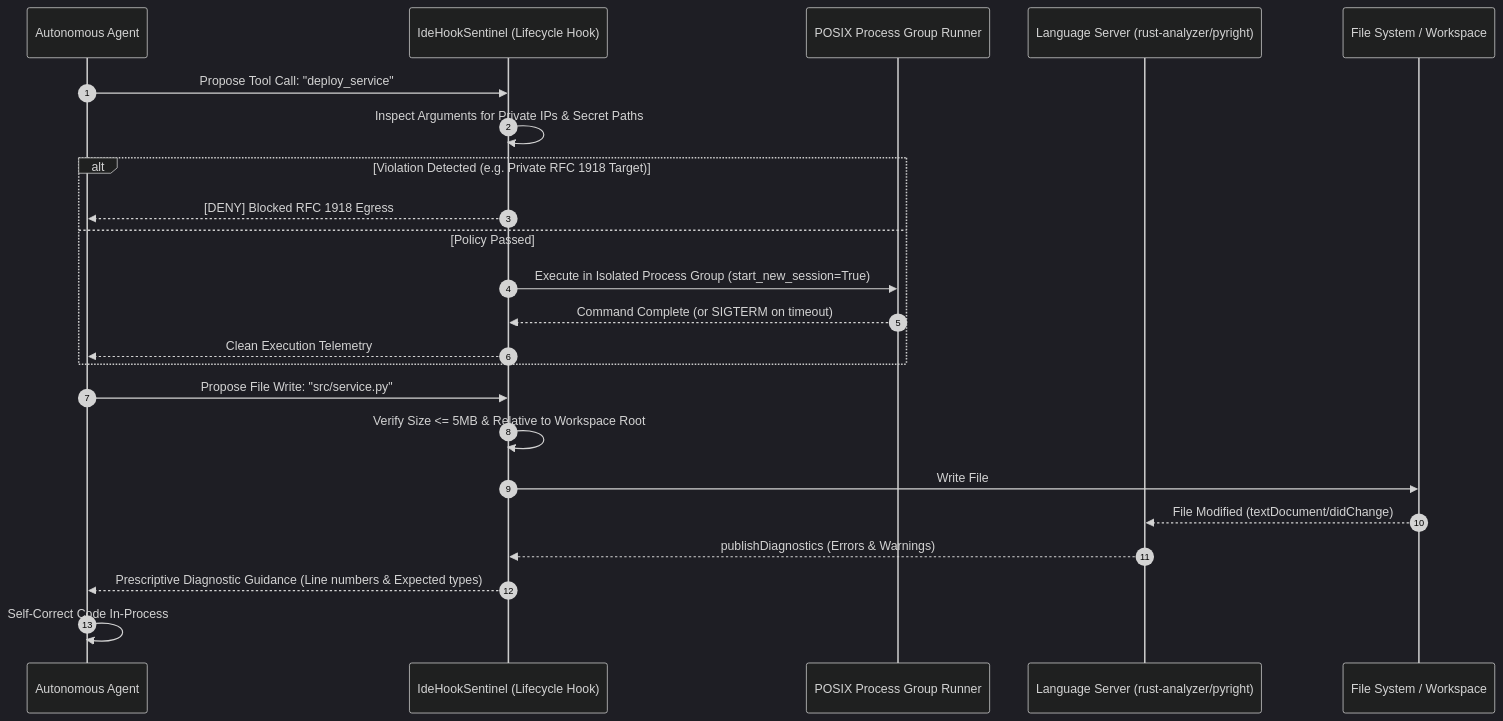
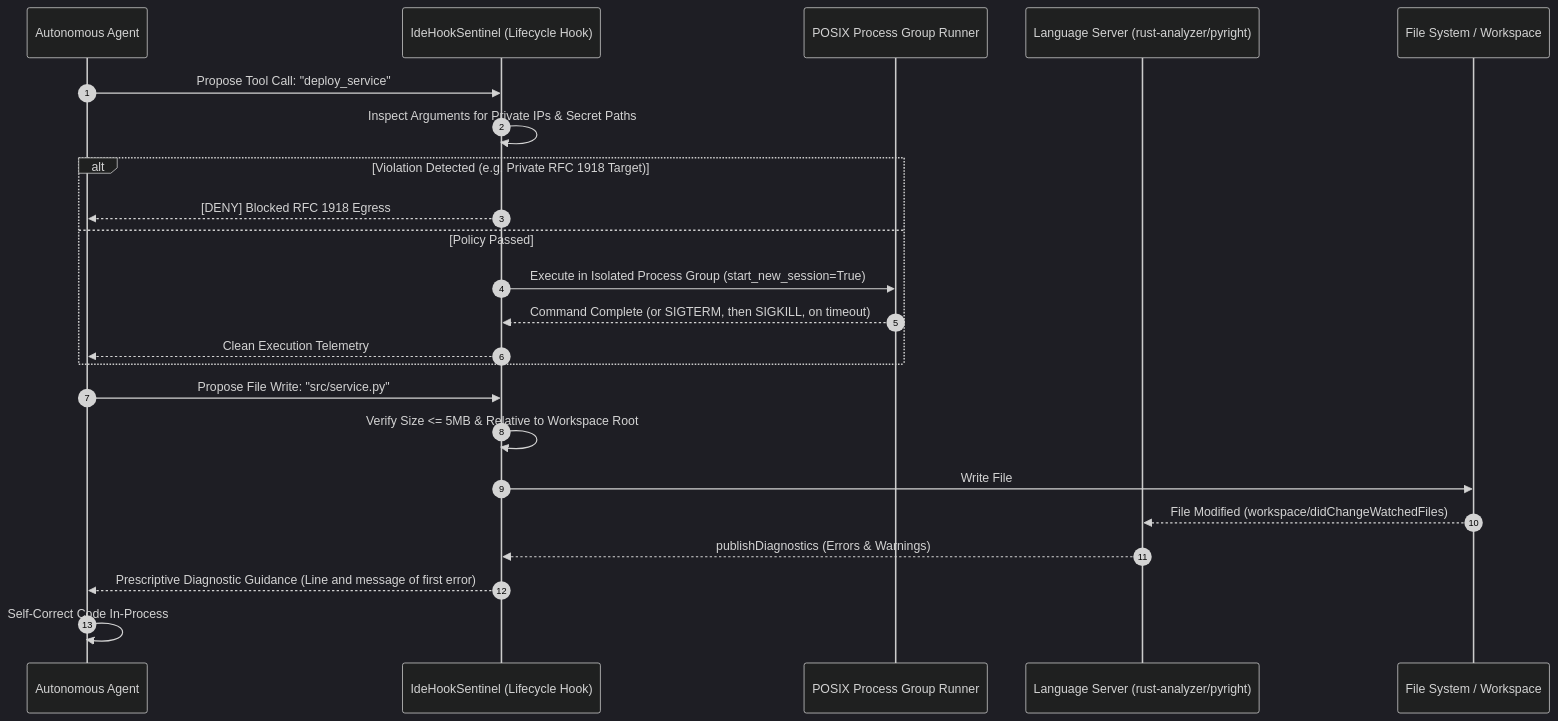
One commit to dan-petty/vibes changed the diagram in patterns/agentic-ide-lifecycle-hooks-and-lsp-oracles.md. Above: the diagram before and after it, drawn with Mermaid (dark theme). The commit also changed other lines of this file and 248 other files, not shown here.

````diff
--- a/patterns/agentic-ide-lifecycle-hooks-and-lsp-oracles.md
+++ b/patterns/agentic-ide-lifecycle-hooks-and-lsp-oracles.md
@@ -25,27 +25,27 @@
 ```mermaid
 sequenceDiagram
     autonumber
     participant Agent as Autonomous Agent
     participant Hook as IdeHookSentinel (Lifecycle Hook)
     participant Term as POSIX Process Group Runner
     participant LSP as Language Server (rust-analyzer/pyright)
     participant FS as File System / Workspace
 
     Agent->>Hook: Propose Tool Call: "deploy_service"
     Hook->>Hook: Inspect Arguments for Private IPs & Secret Paths
     alt Violation Detected (e.g. Private RFC 1918 Target)
         Hook-->>Agent: [DENY] Blocked RFC 1918 Egress
     else Policy Passed
         Hook->>Term: Execute in Isolated Process Group (start_new_session=True)
-        Term-->>Hook: Command Complete (or SIGTERM on timeout)
+        Term-->>Hook: Command Complete (or SIGTERM, then SIGKILL, on timeout)
         Hook-->>Agent: Clean Execution Telemetry
     end
 
     Agent->>Hook: Propose File Write: "src/service.py"
     Hook->>Hook: Verify Size <= 5MB & Relative to Workspace Root
     Hook->>FS: Write File
-    FS-->>LSP: File Modified (textDocument/didChange)
+    FS-->>LSP: File Modified (workspace/didChangeWatchedFiles)
     LSP-->>Hook: publishDiagnostics (Errors & Warnings)
-    Hook-->>Agent: Prescriptive Diagnostic Guidance (Line numbers & Expected types)
+    Hook-->>Agent: Prescriptive Diagnostic Guidance (Line and message of first error)
     Agent->>Agent: Self-Correct Code In-Process
 ```
````
